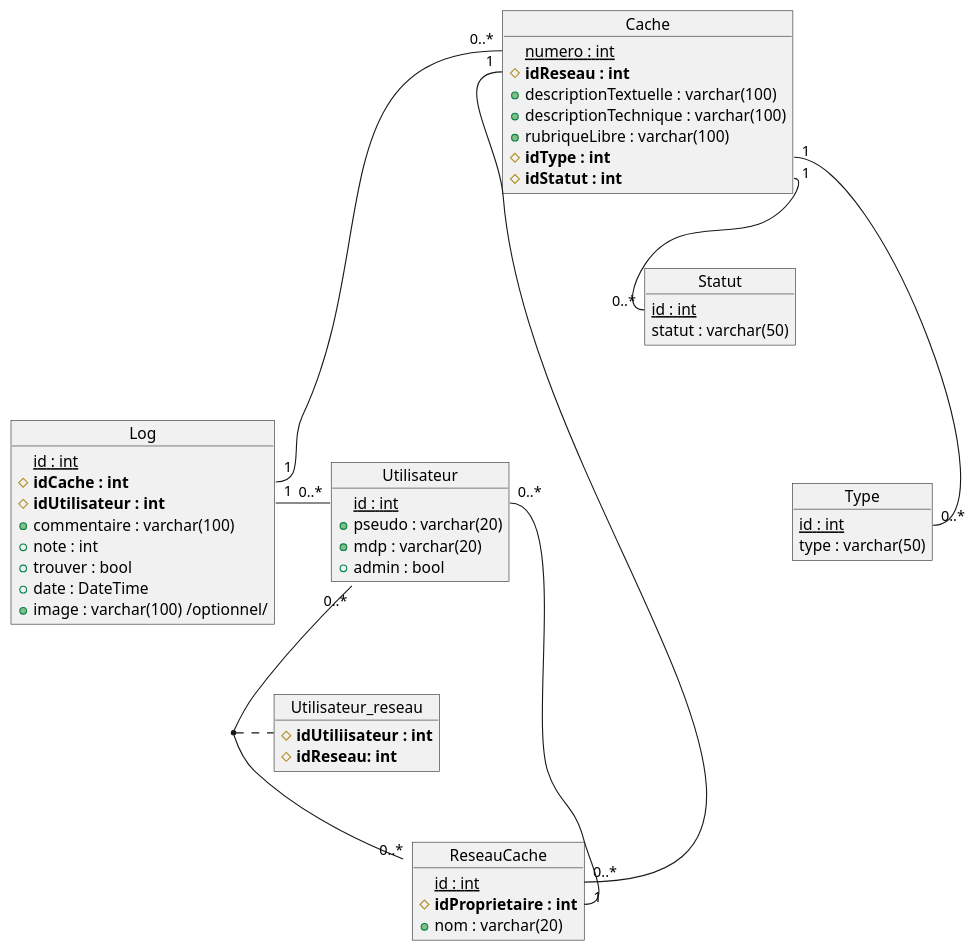
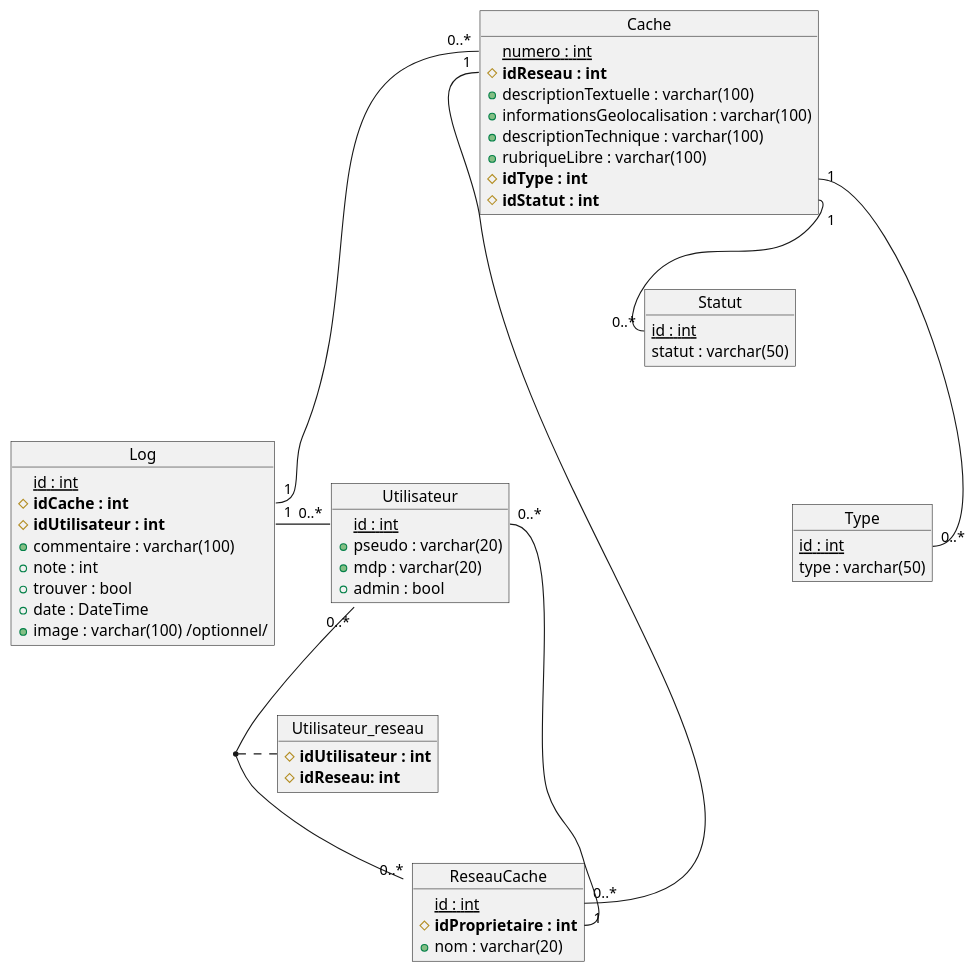
Before and after one commit to Thomas-Duthoit/ge-OO-cache: the diagram in conception/UML/MPD_V2.puml, drawn with PlantUML. The commit also changed other lines of this file, not shown here.

```diff
--- a/conception/UML/MPD_V2.puml
+++ b/conception/UML/MPD_V2.puml
@@ -1,64 +2,65 @@
 @startuml
 
 object Utilisateur{
   {static} id : int
   + pseudo : varchar(20)
   + mdp : varchar(20)
   + admin : bool
 }
 
 object ReseauCache{
   {static} id : int
   # <b>idProprietaire : int</b>
   + nom : varchar(20)
 }
 
 object Utilisateur_reseau{
-  # <b>idUtiliisateur : int</b>
+  # <b>idUtilisateur : int</b>
   # <b>idReseau: int</b>
 }
 
 object Cache{
   {static} numero : int
   # <b>idReseau : int</b>
   + descriptionTextuelle : varchar(100)
+  + informationsGeolocalisation : varchar(100) 
   + descriptionTechnique : varchar(100) 
   + rubriqueLibre : varchar(100)
   # <b>idType : int</b>
   # <b>idStatut : int</b>
 }
 
 object Log{
   {static} id : int
   # <b>idCache : int</b>
   # <b>idUtilisateur : int</b>
   + commentaire : varchar(100)
   + note : int
   + trouver : bool
   + date : DateTime
   + image : varchar(100) /optionnel/
 }
 
 object Statut{
   {static} id : int 
   statut : varchar(50)
 }
 
 object Type{
   {static} id : int 
   type : varchar(50) 
 }
 
 Utilisateur "0..*" -- "0..*" ReseauCache 
 (Utilisateur, ReseauCache) . Utilisateur_reseau
 
 Cache::idReseau "1" --- "0..*" ReseauCache::id 
 
 Cache::numero "0..*" --- "1" Log::idCache
 Utilisateur::id "0..*" -- "1" ReseauCache::idProprietaire
 Log::idUtilisateur "1" - "0..*" Utilisateur::id
 
 Cache::idStatut "1" -- "0..*" Statut::id
 Cache::idType "1" --- "0..*" Type::id
 
 @enduml
```
